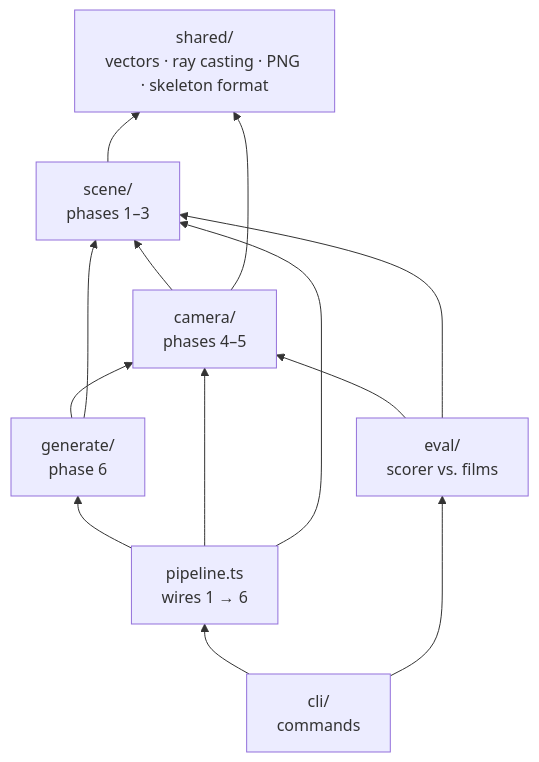
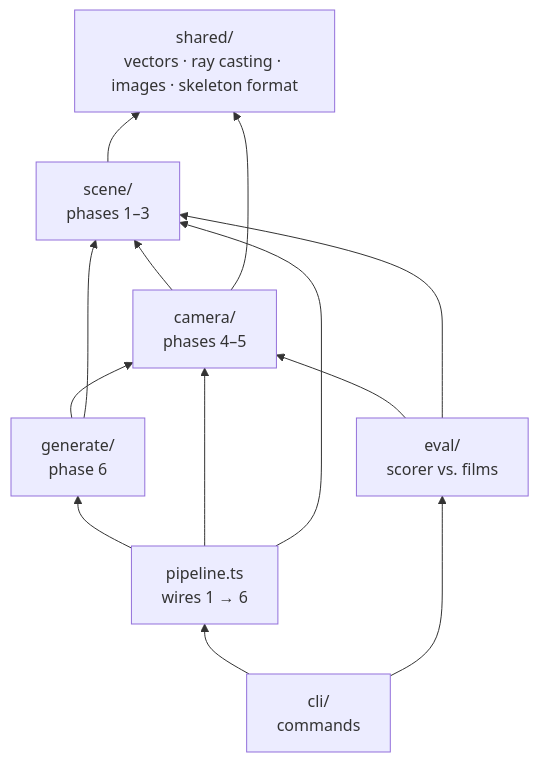
The second of 2 diagrams in README.md (TaihouKai/FrameSeeker), drawn with Mermaid before and after one commit. The commit also changed other lines of this file and 28 other files, not shown here.

````diff
--- a/README.md
+++ b/README.md
@@ -57,22 +118,22 @@
 ```mermaid
 flowchart BT
-  shared["shared/<br/>vectors · ray casting · PNG · skeleton format"]
+  shared["shared/<br/>vectors · ray casting · images · skeleton format"]
   scene["scene/<br/>phases 1–3"]
   camera["camera/<br/>phases 4–5"]
   generate["generate/<br/>phase 6"]
   evalm["eval/<br/>scorer vs. films"]
   pipeline["pipeline.ts<br/>wires 1 → 6"]
   cli["cli/<br/>commands"]
   scene --> shared
   camera --> scene
   camera --> shared
   generate --> camera
   generate --> scene
   evalm --> camera
   evalm --> scene
   pipeline --> generate
   pipeline --> camera
   pipeline --> scene
   cli --> pipeline
   cli --> evalm
 ```
````
